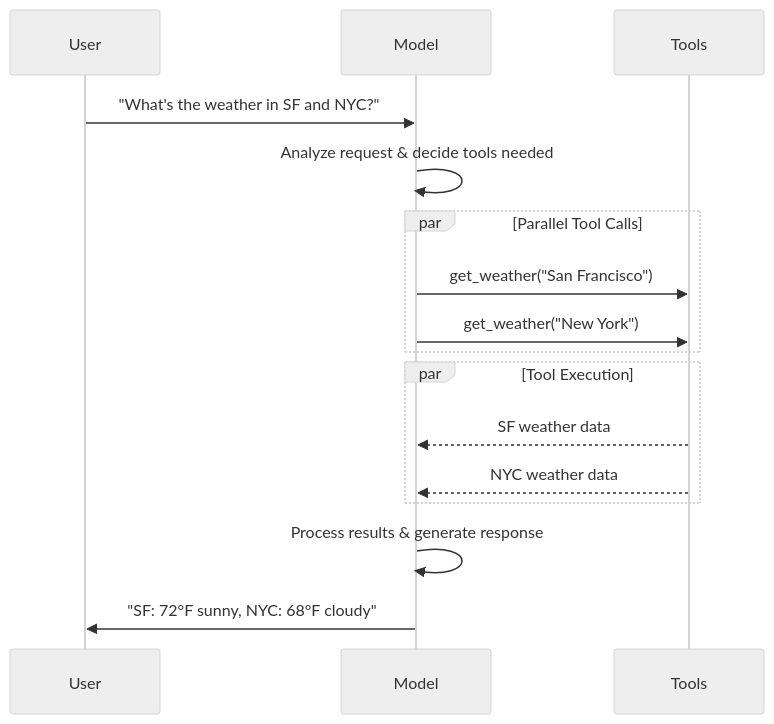
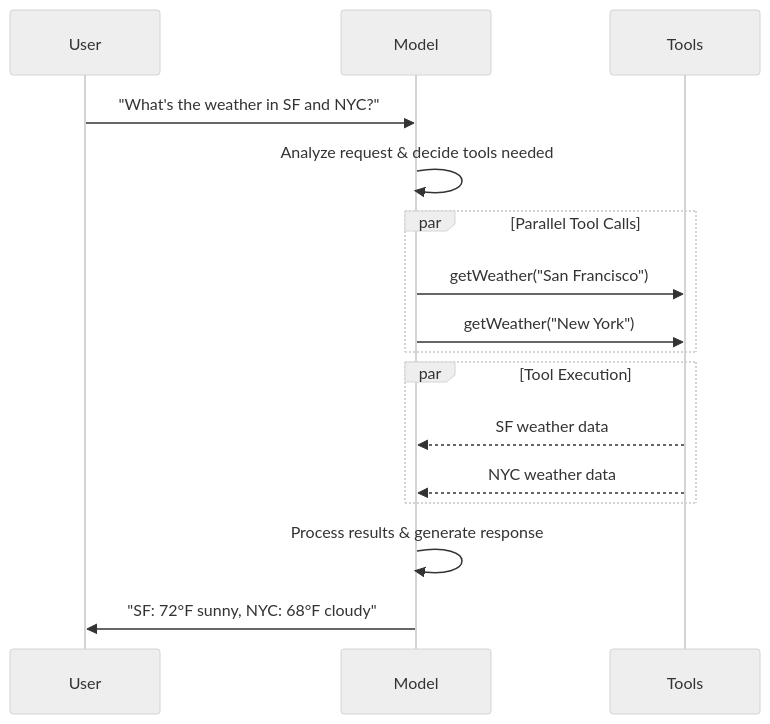
Before and after one commit to ruiyuwg/anytext: the diagram in registry/docs/langchain/models-tool-calling.md, drawn with Mermaid (neutral theme). The commit also changed other lines of this file and 37118 other files, not shown here.

````diff
--- a/registry/docs/langchain/models-tool-calling.md
+++ b/registry/docs/langchain/models-tool-calling.md
@@ -12,22 +12,22 @@
 ```mermaid theme={"theme":{"light":"catppuccin-latte","dark":"catppuccin-mocha"}}
 sequenceDiagram
     participant U as User
     participant M as Model
     participant T as Tools
 
     U->>M: "What's the weather in SF and NYC?"
     M->>M: Analyze request & decide tools needed
 
     par Parallel Tool Calls
-        M->>T: get_weather("San Francisco")
-        M->>T: get_weather("New York")
+        M->>T: getWeather("San Francisco")
+        M->>T: getWeather("New York")
     end
 
     par Tool Execution
         T-->>M: SF weather data
         T-->>M: NYC weather data
     end
 
     M->>M: Process results & generate response
     M->>U: "SF: 72°F sunny, NYC: 68°F cloudy"
 ```
````
